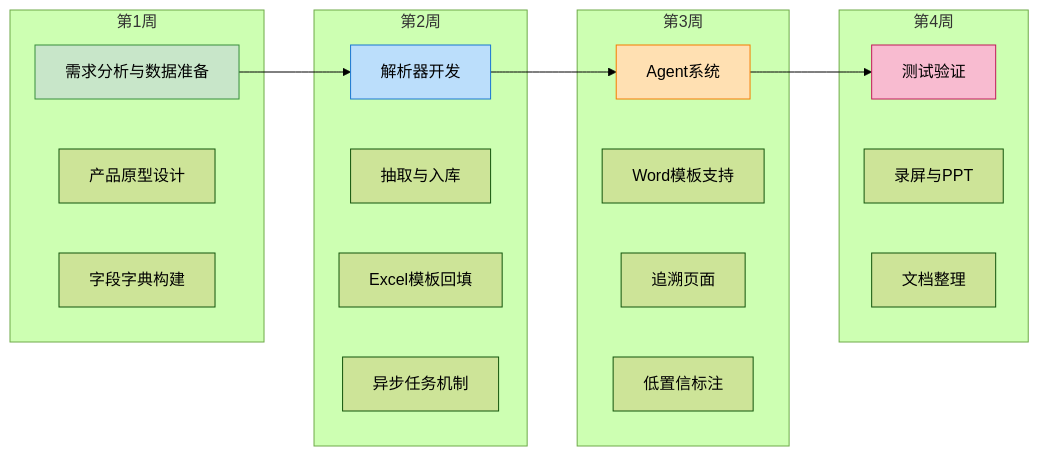
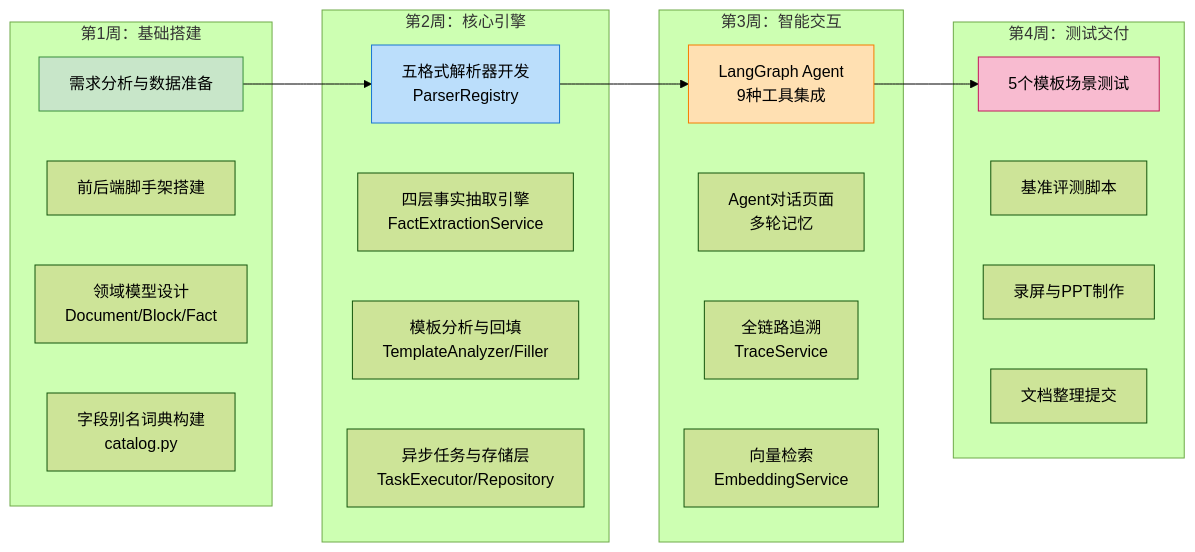
Before and after one commit to GGB0ND132/DocFusion-Copilot: the fourth of 5 diagrams in 项目文档资料/项目详细方案.md, drawn with Mermaid (forest theme). The commit also changed other lines of this file and 24 other files, not shown here.

````diff
--- a/项目文档资料/项目详细方案.md
+++ b/项目文档资料/项目详细方案.md
@@ -267,37 +442,37 @@
 ```mermaid
 graph LR
-    subgraph "第1周"
+    subgraph "第1周：基础搭建"
         W1A[需求分析与数据准备]
-        W1B[产品原型设计]
-        W1C[字段字典构建]
+        W1B[前后端脚手架搭建]
+        W1C[领域模型设计<br/>Document/Block/Fact]
+        W1D[字段别名词典构建<br/>catalog.py]
     end
 
-    subgraph "第2周"
-        W2A[解析器开发]
-        W2B[抽取与入库]
-        W2C[Excel模板回填]
-        W2D[异步任务机制]
+    subgraph "第2周：核心引擎"
+        W2A[五格式解析器开发<br/>ParserRegistry]
+        W2B[四层事实抽取引擎<br/>FactExtractionService]
+        W2C[模板分析与回填<br/>TemplateAnalyzer/Filler]
+        W2D[异步任务与存储层<br/>TaskExecutor/Repository]
     end
 
-    subgraph "第3周"
-        W3A[Agent系统]
-        W3B[Word模板支持]
-        W3C[追溯页面]
-        W3D[低置信标注]
+    subgraph "第3周：智能交互"
+        W3A[LangGraph Agent<br/>9种工具集成]
+        W3B[Agent对话页面<br/>多轮记忆]
+        W3C[全链路追溯<br/>TraceService]
+        W3D[向量检索<br/>EmbeddingService]
     end
 
-    subgraph "第4周"
-        W4A[测试验证]
-        W4B[录屏与PPT]
-        W4C[文档整理]
+    subgraph "第4周：测试交付"
+        W4A[5个模板场景测试]
+        W4B[基准评测脚本]
+        W4C[录屏与PPT制作]
+        W4D[文档整理提交]
     end
 
-    W1A --> W2A
-    W2A --> W3A
-    W3A --> W4A
+    W1A --> W2A --> W3A --> W4A
 
     style W1A fill:#C8E6C9,stroke:#388E3C
     style W2A fill:#BBDEFB,stroke:#1976D2
     style W3A fill:#FFE0B2,stroke:#F57C00
     style W4A fill:#F8BBD0,stroke:#C2185B
 ```
````
